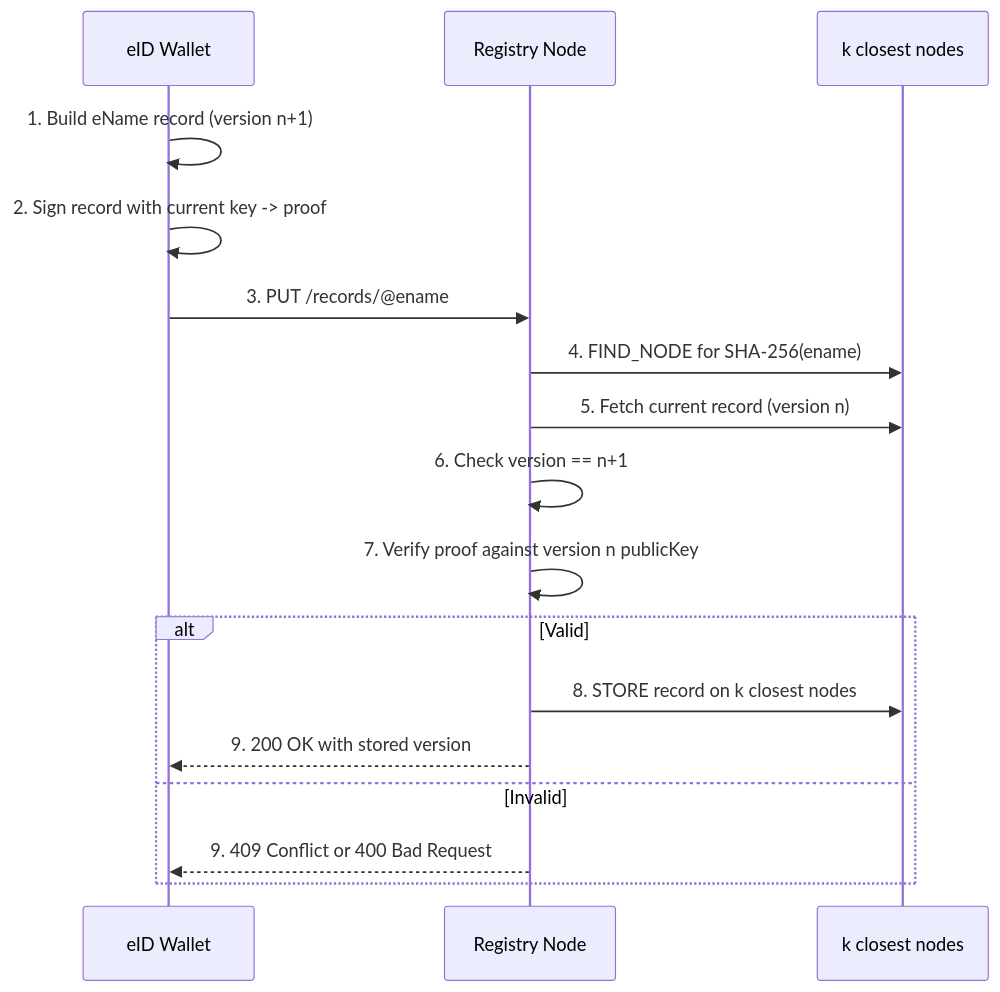
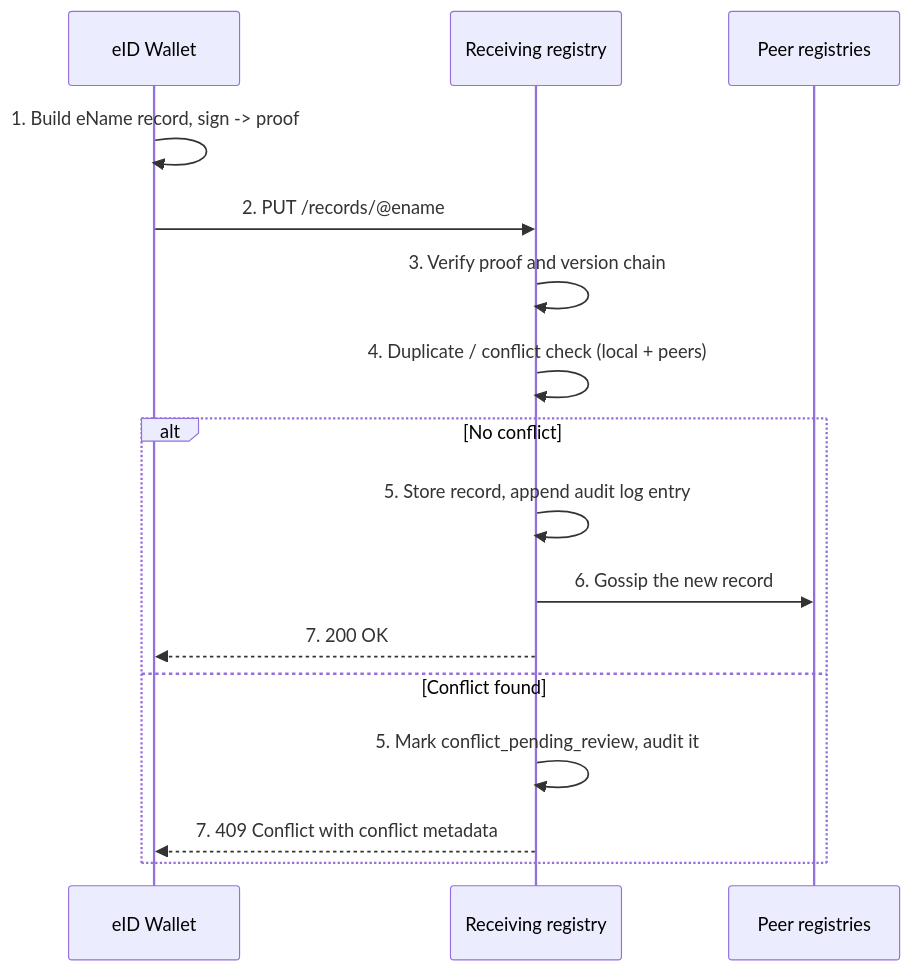
Before and after one commit to w3ds-docs/w3ds-docs: the second of 4 diagrams in content/docs/architecture/decentralised-registry/federated-dht.md, drawn with Mermaid. The commit also changed other lines of this file and 4 other files, not shown here.

````diff
--- a/content/docs/architecture/decentralised-registry/federated-dht.md
+++ b/content/docs/architecture/decentralised-registry/federated-dht.md
@@ -118,19 +76,18 @@
 ```mermaid
 sequenceDiagram
     participant Wallet as eID Wallet
-    participant Node as Registry Node
-    participant DHT as k closest nodes
-    Wallet->>Wallet: 1. Build eName record (version n+1)
-    Wallet->>Wallet: 2. Sign record with current key -> proof
-    Wallet->>Node: 3. PUT /records/@ename
-    Node->>DHT: 4. FIND_NODE for SHA-256(ename)
-    Node->>DHT: 5. Fetch current record (version n)
-    Node->>Node: 6. Check version == n+1
-    Node->>Node: 7. Verify proof against version n publicKey
-    alt Valid
-        Node->>DHT: 8. STORE record on k closest nodes
-        Node-->>Wallet: 9. 200 OK with stored version
-    else Invalid
-        Node-->>Wallet: 9. 409 Conflict or 400 Bad Request
+    participant R as Receiving registry
+    participant Peers as Peer registries
+    Wallet->>Wallet: 1. Build eName record, sign -> proof
+    Wallet->>R: 2. PUT /records/@ename
+    R->>R: 3. Verify proof and version chain
+    R->>R: 4. Duplicate / conflict check (local + peers)
+    alt No conflict
+        R->>R: 5. Store record, append audit log entry
+        R->>Peers: 6. Gossip the new record
+        R-->>Wallet: 7. 200 OK
+    else Conflict found
+        R->>R: 5. Mark conflict_pending_review, audit it
+        R-->>Wallet: 7. 409 Conflict with conflict metadata
     end
 ```
````
